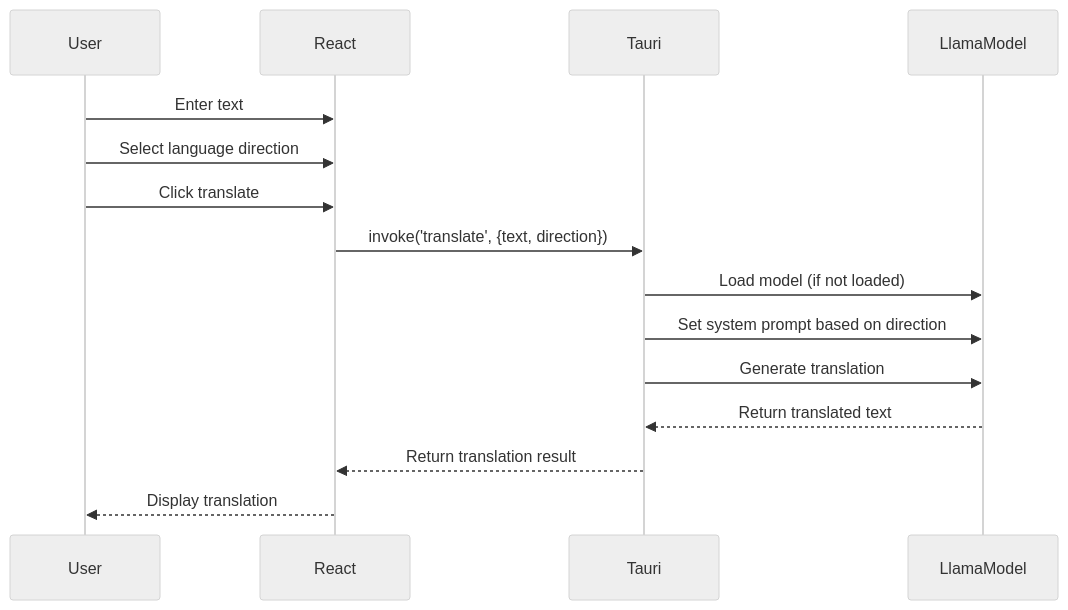
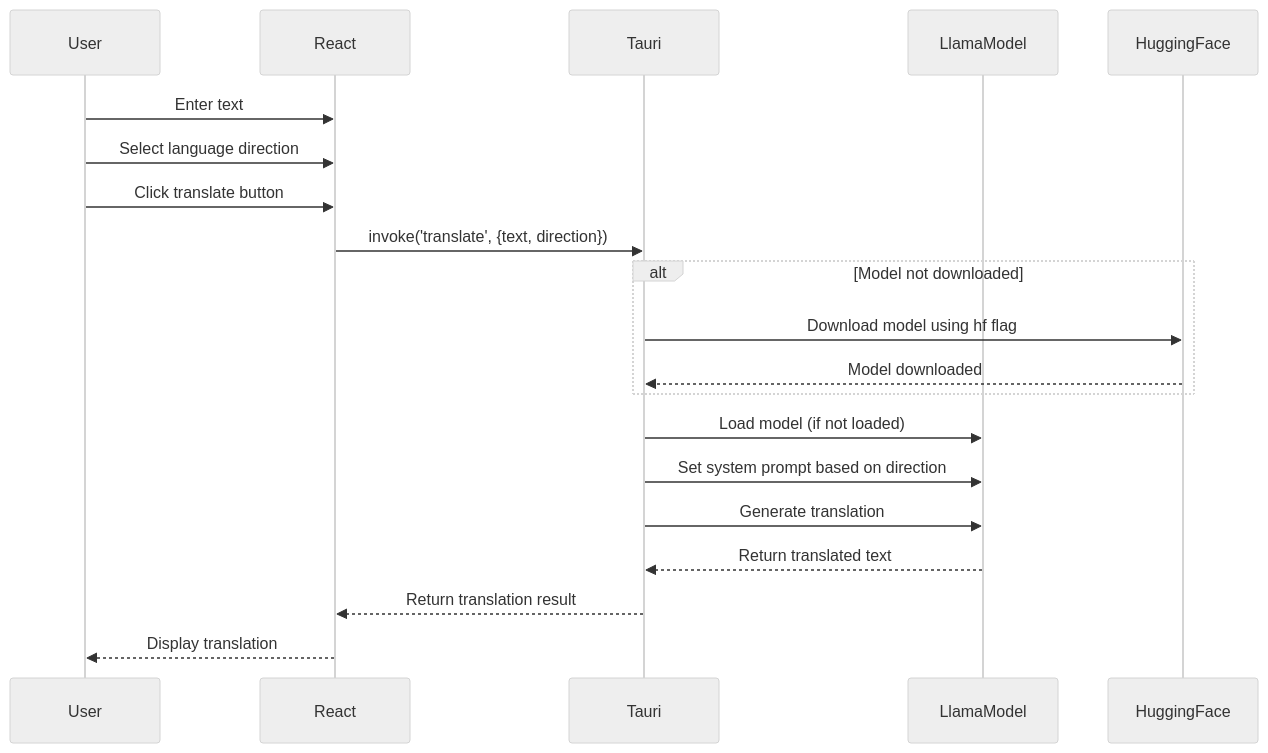
One commit to wmeddie/konnyaku changed the second of 2 diagrams in docs/architecture-plan.md. Above: the diagram before and after it, drawn with Mermaid (neutral theme). The commit also changed other lines of this file and 4 other files, not shown here.

````diff
--- a/docs/architecture-plan.md
+++ b/docs/architecture-plan.md
@@ -74,18 +74,23 @@
 ```mermaid
 sequenceDiagram
     participant User
     participant React
     participant Tauri
     participant LlamaModel
+    participant HuggingFace
     
     User->>React: Enter text
     User->>React: Select language direction
-    User->>React: Click translate
+    User->>React: Click translate button
     React->>Tauri: invoke('translate', {text, direction})
+    alt Model not downloaded
+        Tauri->>HuggingFace: Download model using hf flag
+        HuggingFace-->>Tauri: Model downloaded
+    end
     Tauri->>LlamaModel: Load model (if not loaded)
     Tauri->>LlamaModel: Set system prompt based on direction
     Tauri->>LlamaModel: Generate translation
     LlamaModel-->>Tauri: Return translated text
     Tauri-->>React: Return translation result
     React-->>User: Display translation
 ```
````
